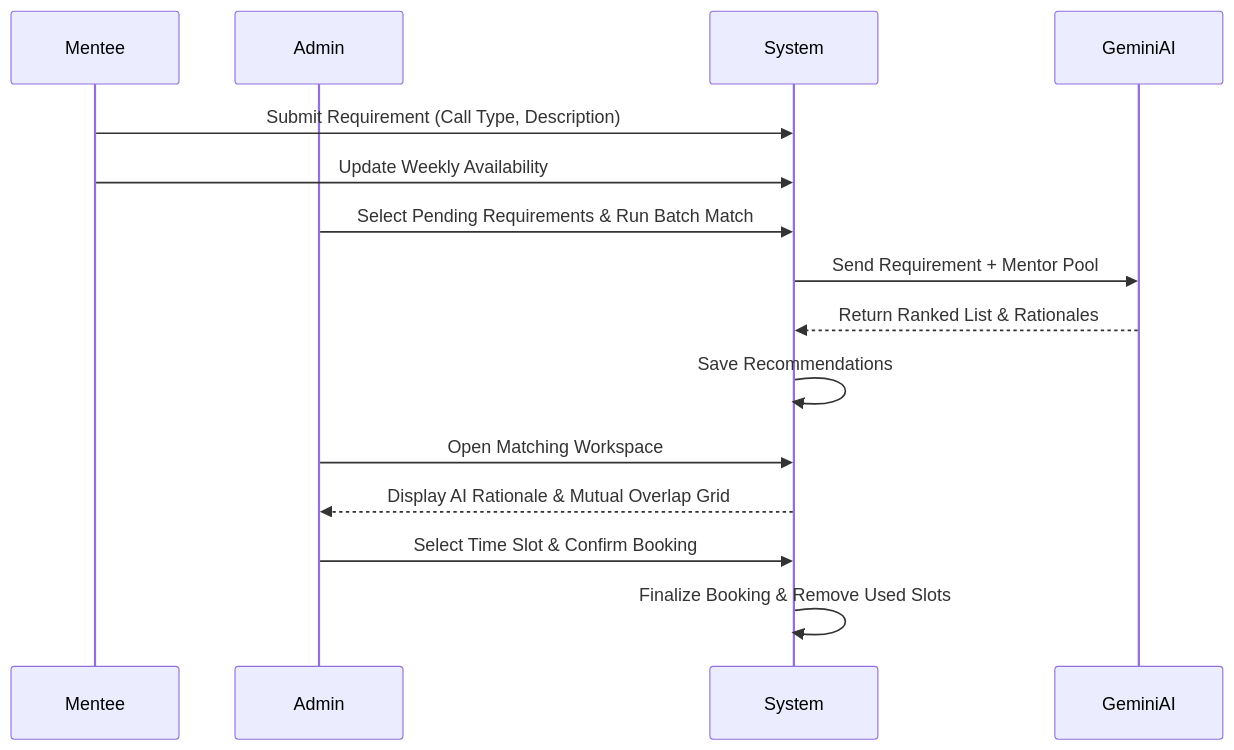
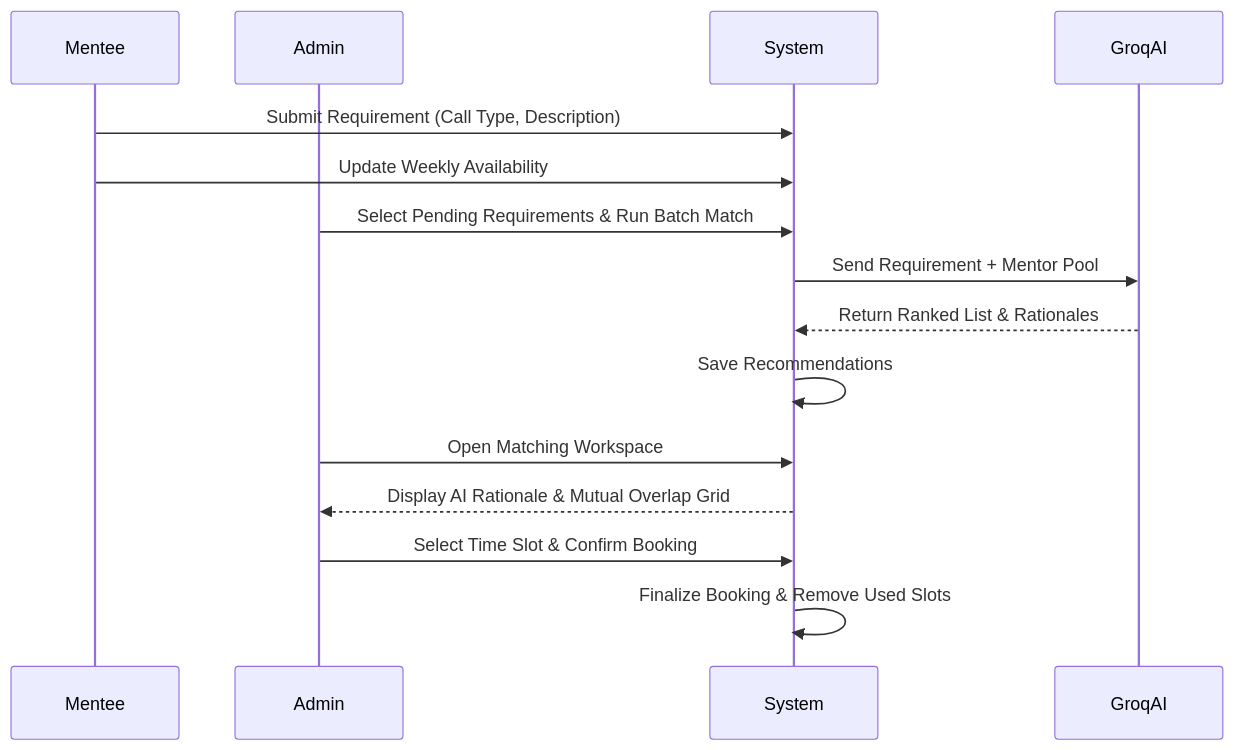
Before and after one commit to BugHunterX2101/mentoring_call_scheduling_system: the third of 3 diagrams in README.md, drawn with Mermaid. The commit also changed other lines of this file, not shown here.

Commit message:
docs: update README to reflect migration from Gemini to Groq AI

````diff
--- a/README.md
+++ b/README.md
@@ -150,20 +150,20 @@
 ```mermaid
 sequenceDiagram
     participant Mentee
     participant Admin
     participant System
-    participant GeminiAI
+    participant GroqAI
     
     Mentee->>System: Submit Requirement (Call Type, Description)
     Mentee->>System: Update Weekly Availability
     
     Admin->>System: Select Pending Requirements & Run Batch Match
-    System->>GeminiAI: Send Requirement + Mentor Pool
-    GeminiAI-->>System: Return Ranked List & Rationales
+    System->>GroqAI: Send Requirement + Mentor Pool
+    GroqAI-->>System: Return Ranked List & Rationales
     System->>System: Save Recommendations
     
     Admin->>System: Open Matching Workspace
     System-->>Admin: Display AI Rationale & Mutual Overlap Grid
     Admin->>System: Select Time Slot & Confirm Booking
     System->>System: Finalize Booking & Remove Used Slots
 ```
````
